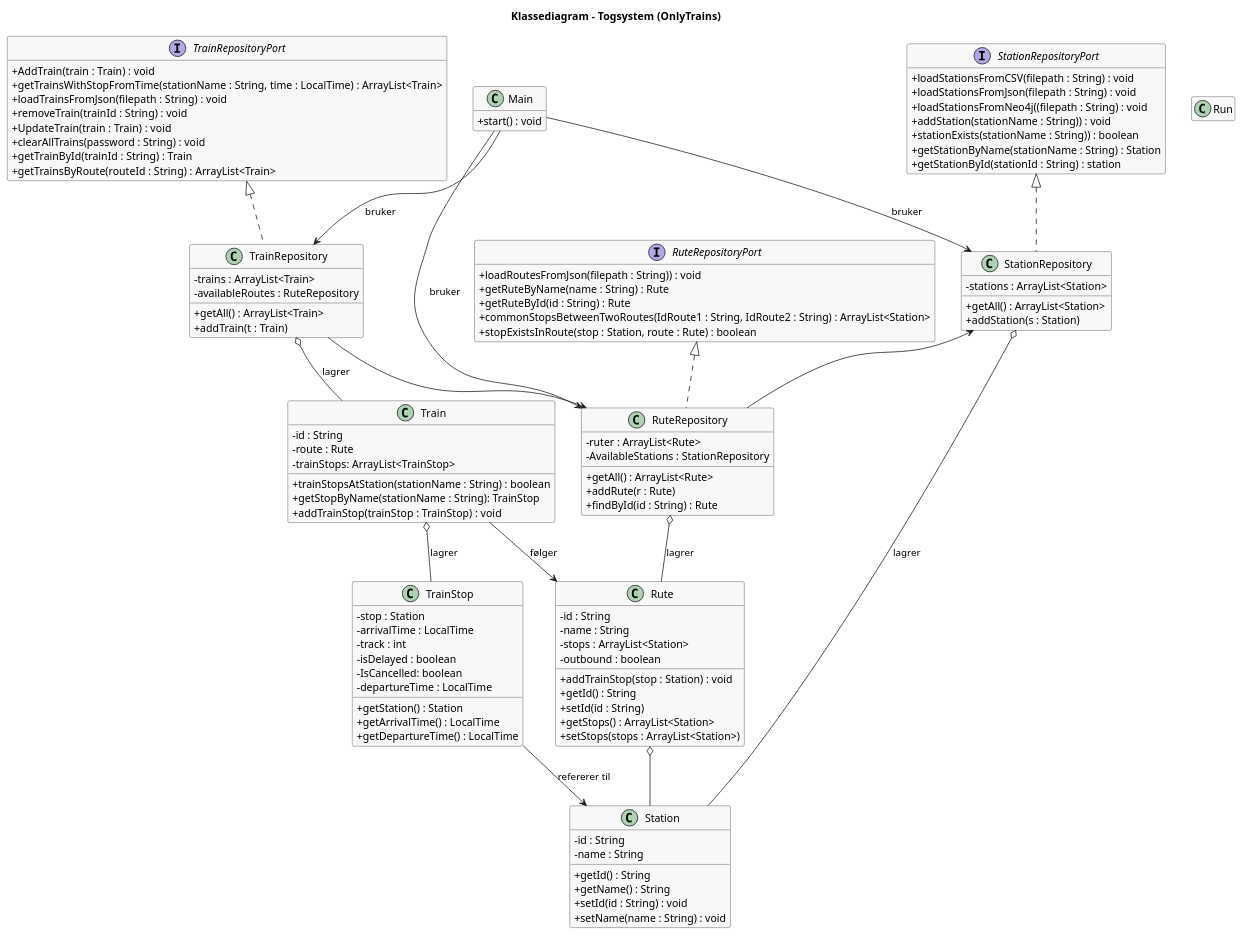
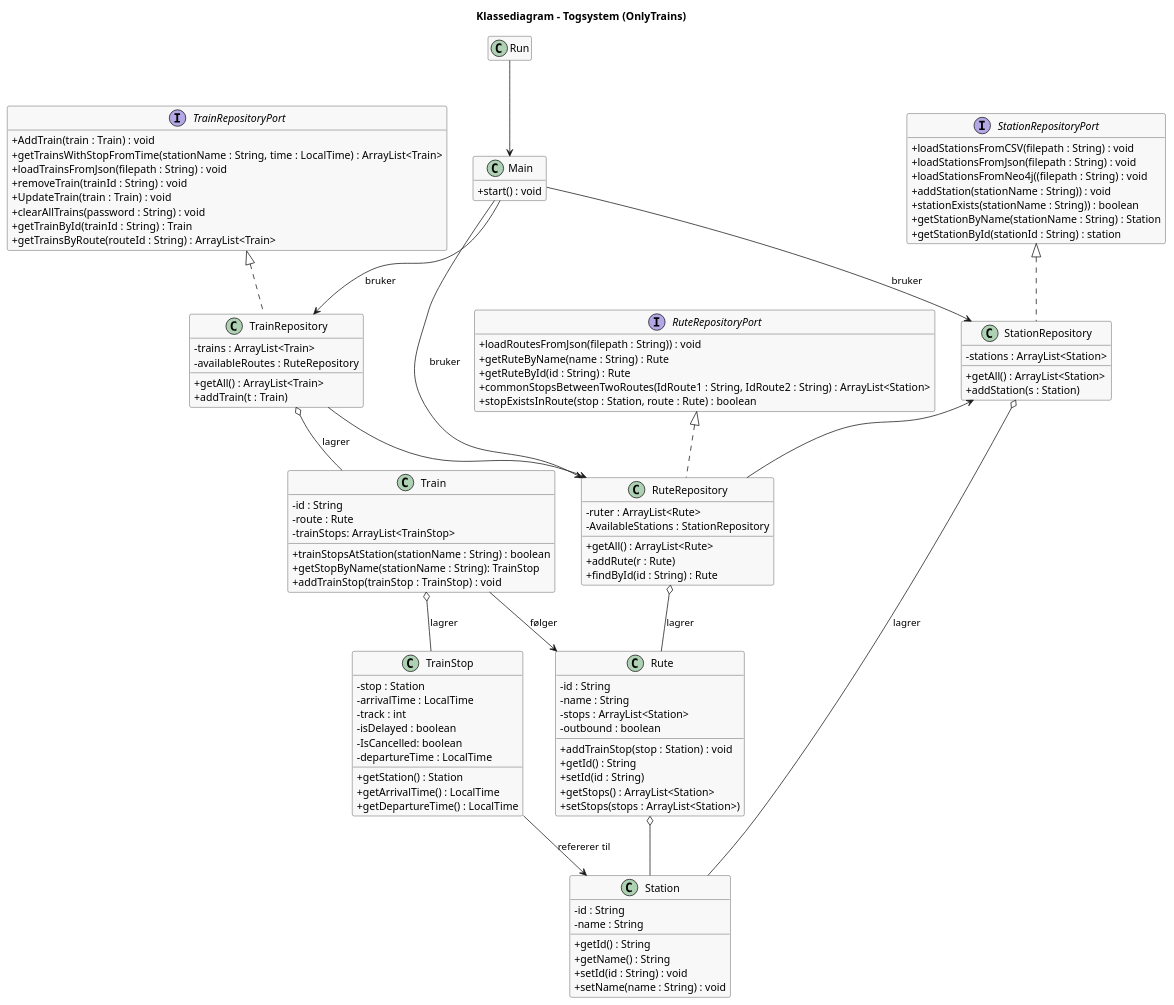
Before and after one commit to Leorita/Software-engineer: the diagram in OnlyTrainsApplication/src/Klassediagram.puml, drawn with PlantUML. The commit also changed 1 other file, not shown here.

Commit message:
Oppdatert scanner metode + oppdatert Klassediagram.puml

```diff
--- a/OnlyTrainsApplication/src/Klassediagram.puml
+++ b/OnlyTrainsApplication/src/Klassediagram.puml
@@ -1,133 +1,135 @@
 @startuml
 title Klassediagram – Togsystem (OnlyTrains)
 hide empty members
 skinparam classAttributeIconSize 0
 skinparam class {
     BackgroundColor #F8F8F8
     BorderColor #333333
 }
 
 ' =======================
 ' Klasser
 ' =======================
 interface TrainRepositoryPort{
     + AddTrain(train : Train) : void
     + getTrainsWithStopFromTime(stationName : String, time : LocalTime) : ArrayList<Train>
     + loadTrainsFromJson(filepath : String) : void
     + removeTrain(trainId : String) : void
     + UpdateTrain(train : Train) : void
     + clearAllTrains(password : String) : void
     + getTrainById(trainId : String) : Train
     + getTrainsByRoute(routeId : String) : ArrayList<Train>
 }
 interface RuteRepositoryPort{
     + loadRoutesFromJson(filepath : String)) : void
     + getRuteByName(name : String) : Rute
     + getRuteById(id : String) : Rute
     + commonStopsBetweenTwoRoutes(IdRoute1 : String, IdRoute2 : String) : ArrayList<Station>
     + stopExistsInRoute(stop : Station, route : Rute) : boolean
 }
 
 interface StationRepositoryPort{
     + loadStationsFromCSV(filepath : String) : void
     + loadStationsFromJson(filepath : String) : void
     + loadStationsFromNeo4j((filepath : String) : void
     + addStation(stationName : String)) : void
     + stationExists(stationName : String)) : boolean
     + getStationByName(stationName : String) : Station
     + getStationById(stationId : String) : station
 }
 
 class Rute {
     - id : String
     - name : String
     - stops : ArrayList<Station>
     - outbound : boolean
     + addTrainStop(stop : Station) : void
     + getId() : String
     + setId(id : String)
     + getStops() : ArrayList<Station>
     + setStops(stops : ArrayList<Station>)
 }
 
 class Station {
     - id : String
     - name : String
     + getId() : String
     + getName() : String
     + setId(id : String) : void
     + setName(name : String) : void
 }
 
 class Train {
     - id : String
     - route : Rute
     - trainStops: ArrayList<TrainStop>
     + trainStopsAtStation(stationName : String) : boolean
     + getStopByName(stationName : String): TrainStop
     + addTrainStop(trainStop : TrainStop) : void
 }
 
 class TrainStop {
     - stop : Station
     - arrivalTime : LocalTime
     - track : int
     - isDelayed : boolean
     - IsCancelled: boolean
     - departureTime : LocalTime
     + getStation() : Station
     + getArrivalTime() : LocalTime
     + getDepartureTime() : LocalTime
 }
 
 class RuteRepository implements RuteRepositoryPort{
     - ruter : ArrayList<Rute>
     - AvailableStations : StationRepository
     + getAll() : ArrayList<Rute>
     + addRute(r : Rute)
     + findById(id : String) : Rute
 }
 
 
 class StationRepository implements StationRepositoryPort{
     - stations : ArrayList<Station>
     + getAll() : ArrayList<Station>
     + addStation(s : Station)
 }
 
 class TrainRepository implements TrainRepositoryPort {
     - trains : ArrayList<Train>
     - availableRoutes : RuteRepository
     + getAll() : ArrayList<Train>
     + addTrain(t : Train)
 }
 
 class Main{
  + start() : void
 }
 
 ' =======================
 ' Relasjoner
 ' =======================
 
 class Run{
+
 }
 
 Train --> Rute : følger
 Train o-- TrainStop : lagrer
 TrainStop --> Station : refererer til
 
 Rute o-- Station
 StationRepository <-- RuteRepository
 StationRepository o-- Station : lagrer
 
 RuteRepository o-- Rute : lagrer
 
 TrainRepository --> RuteRepository
 TrainRepository o-- Train : lagrer
 
 Main --> RuteRepository : bruker
 Main --> StationRepository : bruker
 Main --> TrainRepository : bruker
 
+Run --> Main
 @enduml
```
